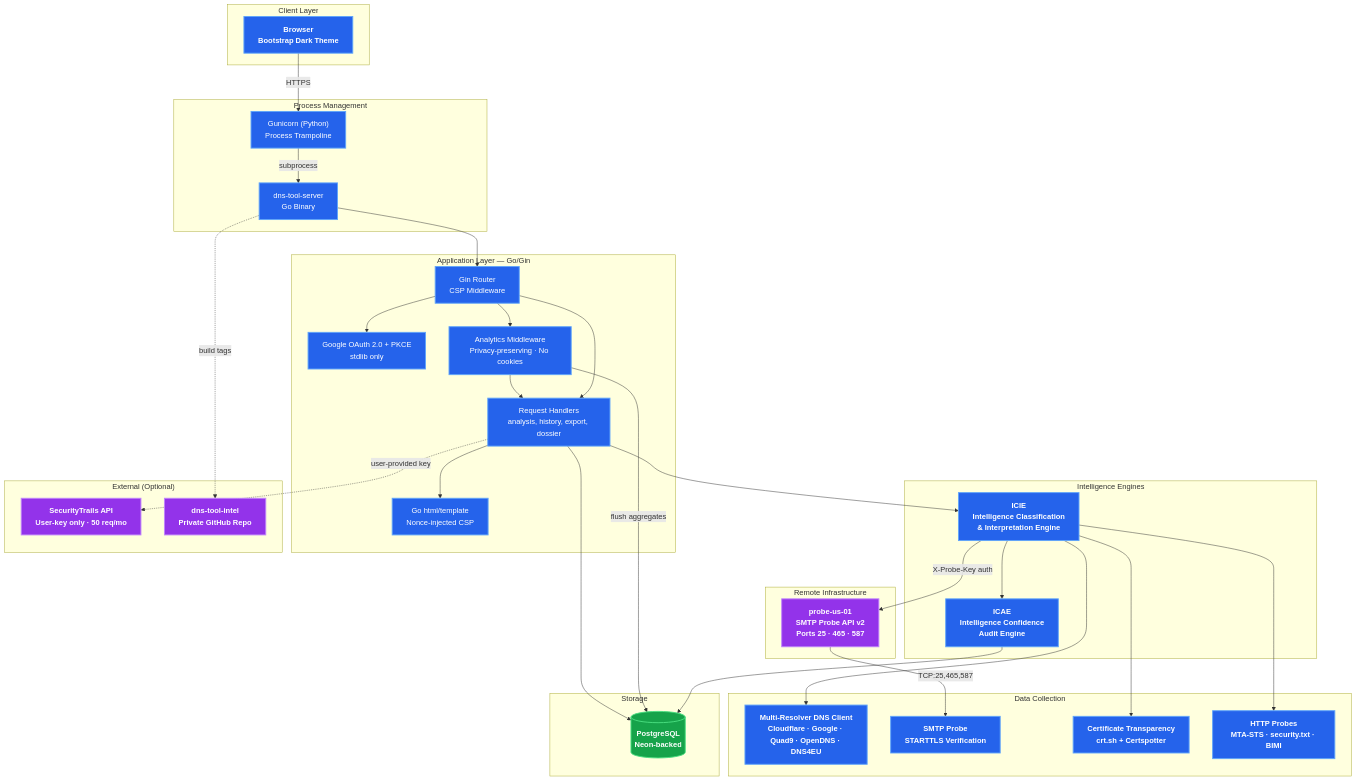
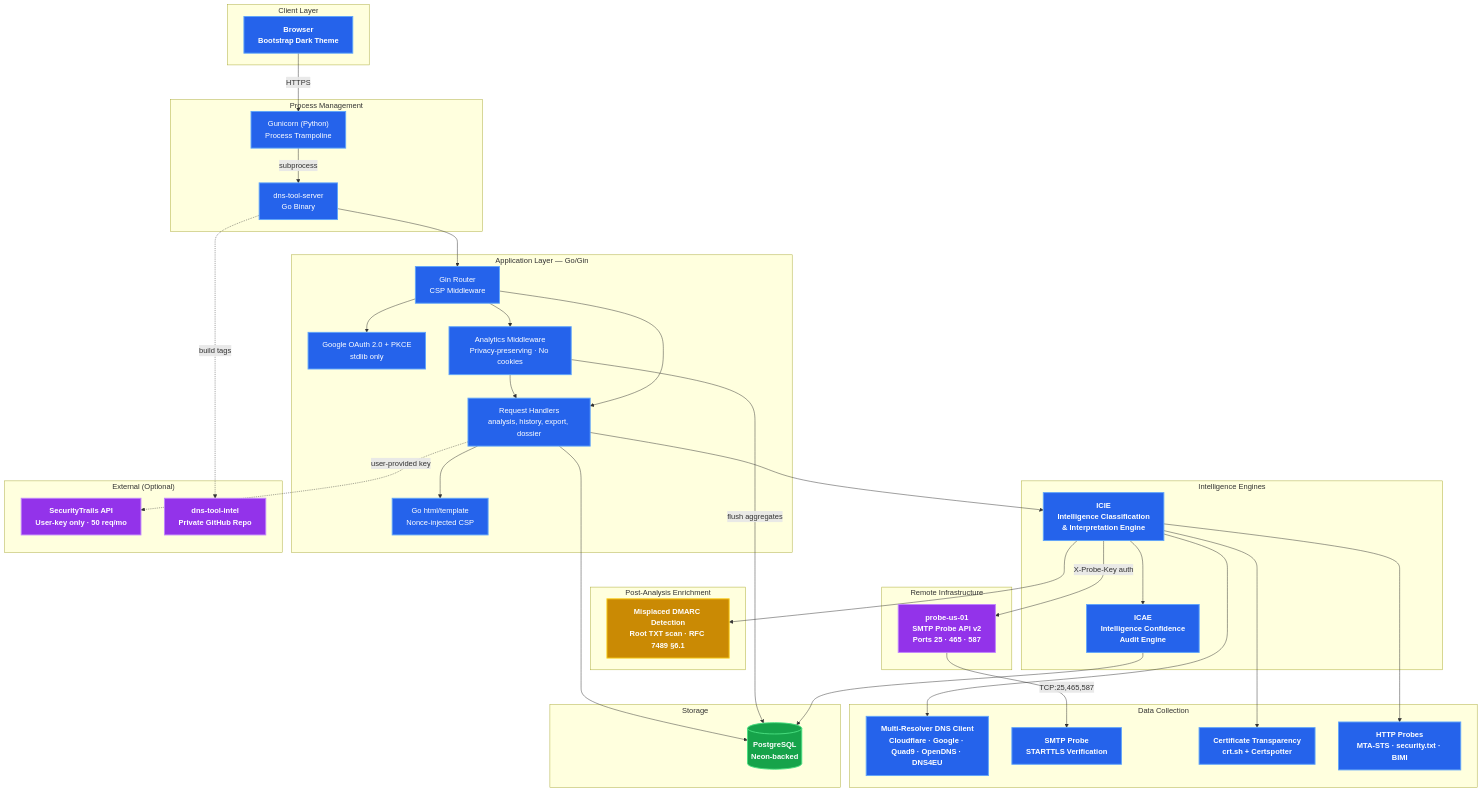
The first of 8 diagrams in docs/architecture/SYSTEM_ARCHITECTURE.md (careyjames/DnsToolWeb), drawn with Mermaid before and after one commit. The commit also changed other lines of this file and 5 other files, not shown here.

First line of the commit message:
Update website architecture and add new DMARC detection feature

````diff
--- a/docs/architecture/SYSTEM_ARCHITECTURE.md
+++ b/docs/architecture/SYSTEM_ARCHITECTURE.md
@@ -33,6 +33,10 @@
         HTTP["HTTP Probes<br/>MTA-STS · security.txt · BIMI"]
     end
 
+    subgraph "Post-Analysis Enrichment"
+        MisplacedDMARC["Misplaced DMARC Detection<br/>Root TXT scan · RFC 7489 §6.1"]
+    end
+
     subgraph "Remote Infrastructure"
         ProbeServer["probe-us-01<br/>SMTP Probe API v2<br/>Ports 25 · 465 · 587"]
     end
@@ -60,6 +64,7 @@
     ProbeServer -->|"TCP:25,465,587"| SMTP
     ICIE --> CT
     ICIE --> HTTP
+    ICIE --> MisplacedDMARC
     ICIE --> ICAE
     Handlers --> PG
     Analytics -->|"flush aggregates"| PG
@@ -73,6 +78,7 @@
     classDef external fill:#9333ea,stroke:#c084fc,stroke-width:2px,color:#fff,font-weight:bold
     classDef client fill:#2563eb,stroke:#60a5fa,stroke-width:2px,color:#fff,font-weight:bold
     classDef app fill:#2563eb,stroke:#60a5fa,stroke-width:2px,color:#fff
+    classDef warn fill:#ca8a04,stroke:#facc15,stroke-width:2px,color:#fff,font-weight:bold
     class ICIE,ICAE engine
     class PG storage
     class SecurityTrails,IntelRepo external
@@ -81,4 +87,5 @@
     class DNSClient,SMTP,CT,HTTP engine
     class ProbeServer external
     class Gunicorn,GoBinary app
+    class MisplacedDMARC warn
 ```
````
